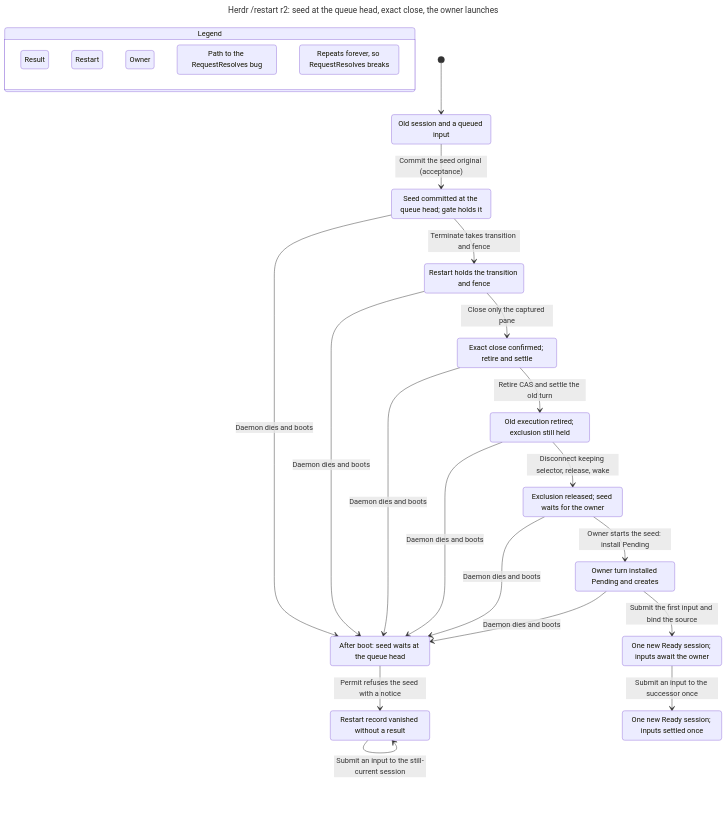
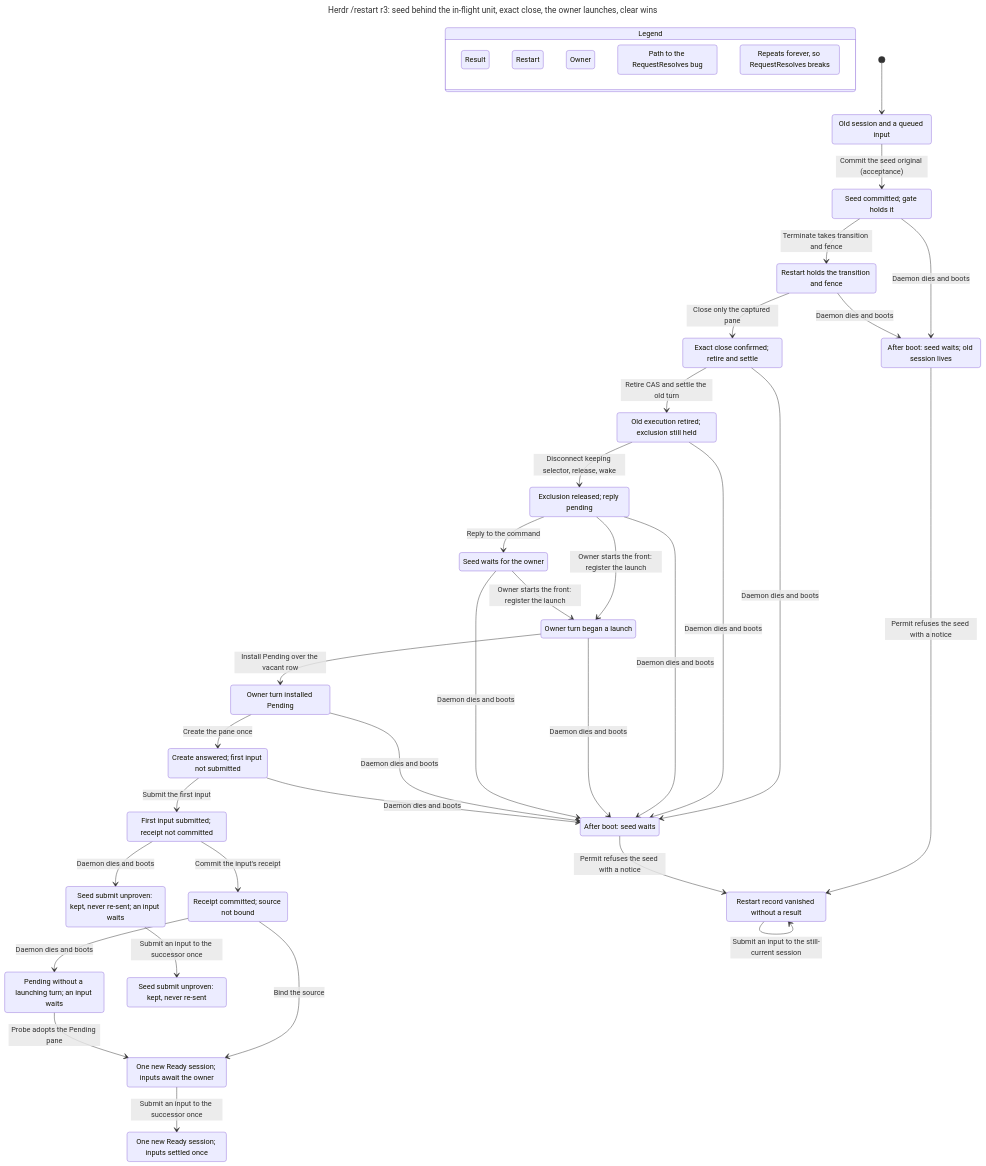
One commit to itismyfield/AgentDesk changed the diagram in docs/statecharts/session-lifecycle/herdr-restart-owner-IntentField.chart.mmd. Above: the diagram before and after it, drawn with Mermaid. The commit also changed 199 other files, not shown here.

First line of the commit message:
docs(herdr): restart design r3 — restart through a dispatch, clear wins, seedless restart

```diff
--- a/docs/statecharts/session-lifecycle/herdr-restart-owner-IntentField.chart.mmd
+++ b/docs/statecharts/session-lifecycle/herdr-restart-owner-IntentField.chart.mmd
@@ -1,60 +1,87 @@
 ---
-title: "Herdr /restart r2: seed at the queue head, exact close, the owner launches"
+title: "Herdr /restart r3: seed behind the in-flight unit, exact close, the owner launches, clear wins"
 ---
 stateDiagram-v2
   state "Legend" as legend {
     lg0: Result
     lg1: Restart
     lg2: Owner
     lg3: Path to the RequestResolves bug
     lg4: Repeats forever, so RequestResolves breaks
   }
   class lg0 teal
   class lg1 blue
   class lg2 purple
   class lg3 bugPath
   class lg4 repeats
   s0: Old session and a queued input
-  s1: Seed committed at the queue head#59; gate holds it
+  s1: Seed committed#59; gate holds it
   s2: Restart holds the transition and fence
-  s3: After boot: seed waits at the queue head
+  s3: After boot: seed waits#59; old session lives
   s4: Restart record vanished without a result
   s5: Exact close confirmed#59; retire and settle
-  s6: Old execution retired#59; exclusion still held
-  s7: Exclusion released#59; seed waits for the owner
-  s8: Owner turn installed Pending and creates
-  s9: One new Ready session#59; inputs await the owner
-  s10: One new Ready session#59; inputs settled once
+  s6: After boot: seed waits
+  s7: Old execution retired#59; exclusion still held
+  s8: Exclusion released#59; reply pending
+  s9: Owner turn began a launch
+  s10: Seed waits for the owner
+  s11: Owner turn installed Pending
+  s12: Create answered#59; first input not submitted
+  s13: First input submitted#59; receipt not committed
+  s14: Receipt committed#59; source not bound
+  s15: Seed submit unproven: kept, never re-sent#59; an input waits
+  s16: One new Ready session#59; inputs await the owner
+  s17: Pending without a launching turn#59; an input waits
+  s18: One new Ready session#59; inputs settled once
+  s19: Seed submit unproven: kept, never re-sent
   [*] --> s0
   s0 --> s1: Commit the seed original (acceptance)
   s1 --> s2: Terminate takes transition and fence
   s1 --> s3: Daemon dies and boots
   s2 --> s3: Daemon dies and boots
   s2 --> s5: Close only the captured pane
   s3 --> s4: Permit refuses the seed with a notice
   s4 --> s4: Submit an input to the still-current session
-  s5 --> s3: Daemon dies and boots
-  s5 --> s6: Retire CAS and settle the old turn
-  s6 --> s3: Daemon dies and boots
-  s6 --> s7: Disconnect keeping selector, release, wake
-  s7 --> s3: Daemon dies and boots
-  s7 --> s8: Owner starts the seed: install Pending
-  s8 --> s3: Daemon dies and boots
-  s8 --> s9: Submit the first input and bind the source
-  s9 --> s10: Submit an input to the successor once
+  s5 --> s6: Daemon dies and boots
+  s5 --> s7: Retire CAS and settle the old turn
+  s6 --> s4: Permit refuses the seed with a notice
+  s7 --> s8: Disconnect keeping selector, release, wake
+  s7 --> s6: Daemon dies and boots
+  s8 --> s6: Daemon dies and boots
+  s8 --> s9: Owner starts the front: register the launch
+  s8 --> s10: Reply to the command
+  s9 --> s6: Daemon dies and boots
+  s9 --> s11: Install Pending over the vacant row
+  s10 --> s6: Daemon dies and boots
+  s10 --> s9: Owner starts the front: register the launch
+  s11 --> s6: Daemon dies and boots
+  s11 --> s12: Create the pane once
+  s12 --> s13: Submit the first input
+  s12 --> s6: Daemon dies and boots
+  s13 --> s14: Commit the input's receipt
+  s13 --> s15: Daemon dies and boots
+  s14 --> s16: Bind the source
+  s14 --> s17: Daemon dies and boots
+  s16 --> s18: Submit an input to the successor once
+  s17 --> s16: Probe adopts the Pending pane
+  s15 --> s19: Submit an input to the successor once
   class s0 blue
   class s0 bugPath
   class s1 blue
   class s1 bugPath
   class s2 blue
   class s3 purple
   class s3 bugPath
   class s4 purple
   class s4 bugPath
   class s4 repeats
   class s5 blue
-  class s6 blue
-  class s7 purple
-  class s8 purple
-  class s9 teal
-  class s10 teal
+  class s6 purple
+  class s7 blue
+  class s8 blue
+  class s10 purple
+  class s15 teal
+  class s16 teal
+  class s17 purple
+  class s18 teal
+  class s19 teal
```
